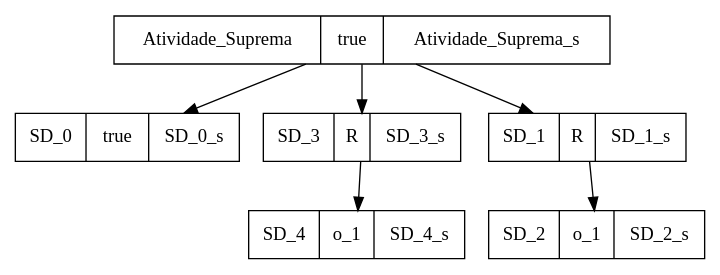
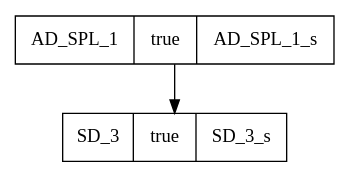
One commit to SPLMC/spl-generator changed the diagram in src/results_joao/rdg_rdg.dot. Above: the diagram before and after it, drawn with Graphviz. The commit also changed 35 other files, not shown here.

```diff
--- a/src/results_joao/rdg_rdg.dot
+++ b/src/results_joao/rdg_rdg.dot
@@ -1,13 +1,5 @@
 digraph graphname {
-Atividade_Suprema[shape=record, label="{{Atividade_Suprema|true|Atividade_Suprema_s}}"];
-SD_0[shape=record, label="{{SD_0|true|SD_0_s}}"];
-SD_3[shape=record, label="{{SD_3|R|SD_3_s}}"];
-SD_4[shape=record, label="{{SD_4|o_1|SD_4_s}}"];
-SD_1[shape=record, label="{{SD_1|R|SD_1_s}}"];
-SD_2[shape=record, label="{{SD_2|o_1|SD_2_s}}"];
-Atividade_Suprema -> SD_0;
-Atividade_Suprema -> SD_3;
-SD_3 -> SD_4;
-Atividade_Suprema -> SD_1;
-SD_1 -> SD_2;
+AD_SPL_1[shape=record, label="{{AD_SPL_1|true|AD_SPL_1_s}}"];
+SD_3[shape=record, label="{{SD_3|true|SD_3_s}}"];
+AD_SPL_1 -> SD_3;
 }
```
